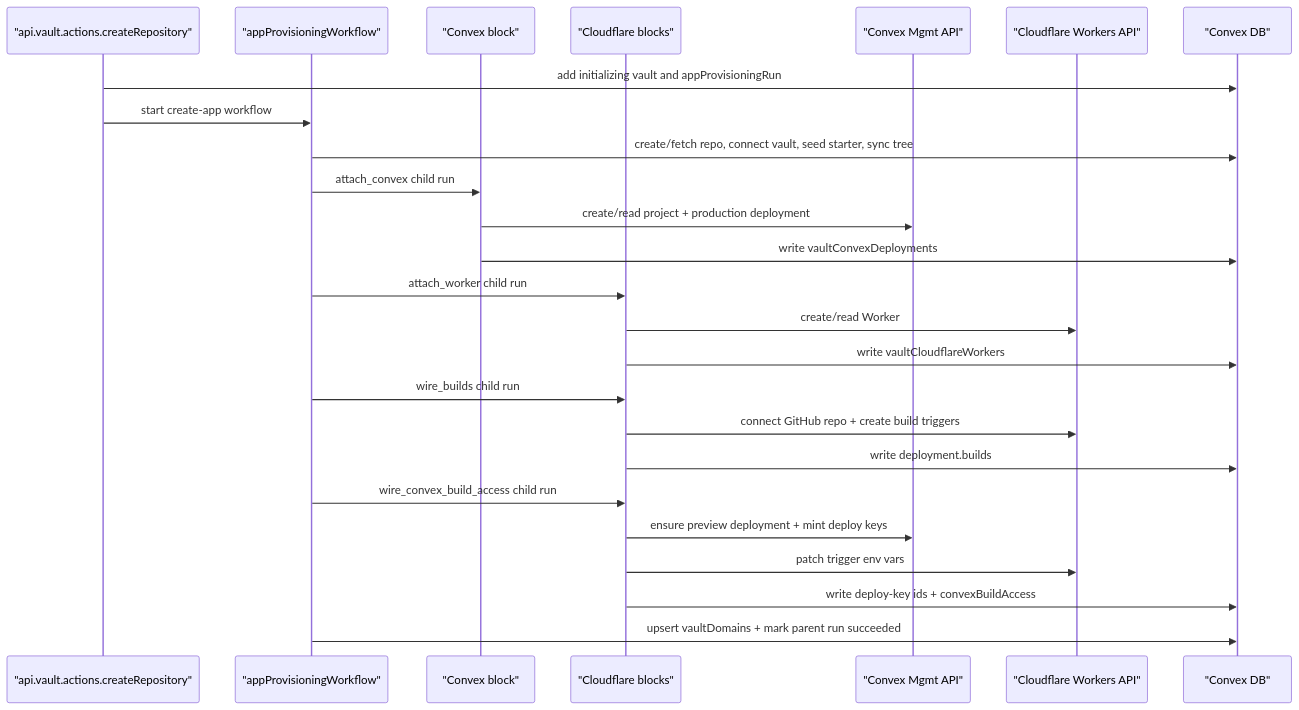
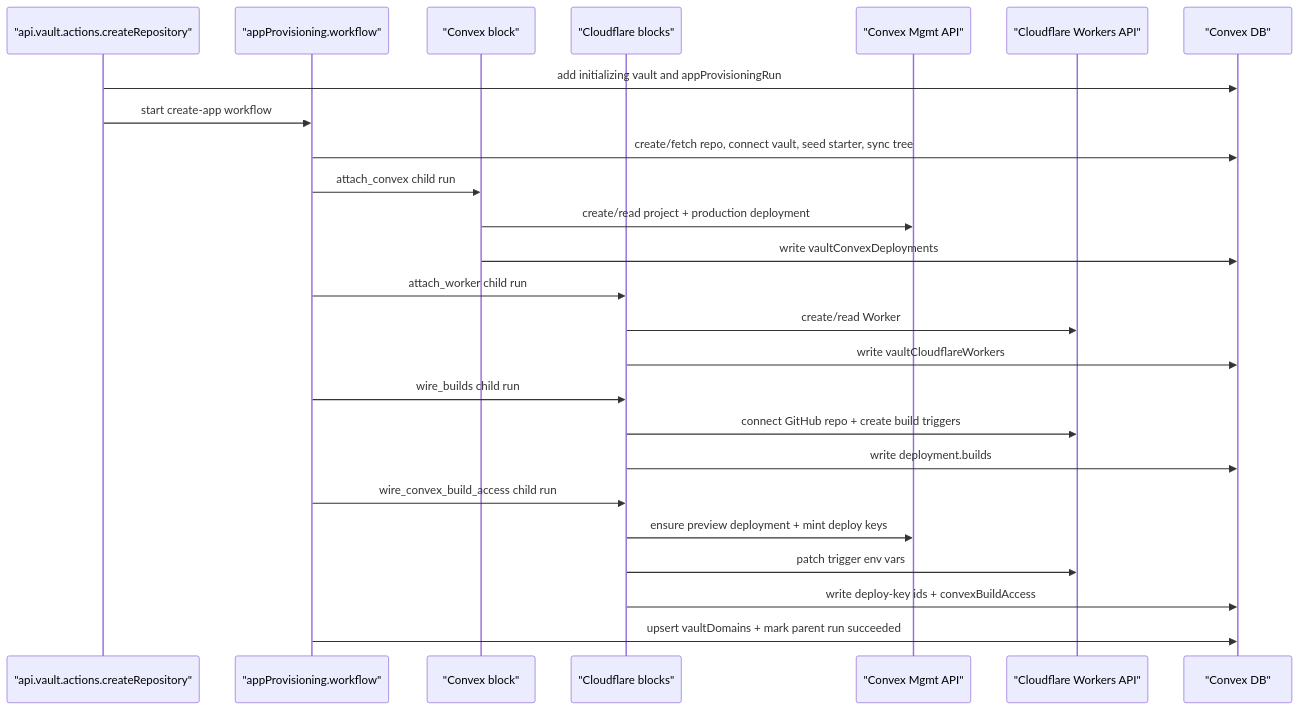
One commit to samebase/samebase changed the diagram in specs/003_VAULT_INFRA_PROVISIONING_SPEC.md. Above: the diagram before and after it, drawn with Mermaid. The commit also changed other lines of this file and 30 other files, not shown here.

Commit message:
Group Convex app provisioning by domain

````diff
--- a/specs/003_VAULT_INFRA_PROVISIONING_SPEC.md
+++ b/specs/003_VAULT_INFRA_PROVISIONING_SPEC.md
@@ -203,28 +203,28 @@
 ```mermaid
 sequenceDiagram
   participant VA as "api.vault.actions.createRepository"
-  participant WF as "appProvisioningWorkflow"
+  participant WF as "appProvisioning.workflow"
   participant CVXB as "Convex block"
   participant CFB as "Cloudflare blocks"
   participant CVX as "Convex Mgmt API"
   participant CFL as "Cloudflare Workers API"
   participant DB as "Convex DB"
 
   VA->>DB: add initializing vault and appProvisioningRun
   VA->>WF: start create-app workflow
   WF->>DB: create/fetch repo, connect vault, seed starter, sync tree
   WF->>CVXB: attach_convex child run
   CVXB->>CVX: create/read project + production deployment
   CVXB->>DB: write vaultConvexDeployments
   WF->>CFB: attach_worker child run
   CFB->>CFL: create/read Worker
   CFB->>DB: write vaultCloudflareWorkers
   WF->>CFB: wire_builds child run
   CFB->>CFL: connect GitHub repo + create build triggers
   CFB->>DB: write deployment.builds
   WF->>CFB: wire_convex_build_access child run
   CFB->>CVX: ensure preview deployment + mint deploy keys
   CFB->>CFL: patch trigger env vars
   CFB->>DB: write deploy-key ids + convexBuildAccess
   WF->>DB: upsert vaultDomains + mark parent run succeeded
 ```
````
